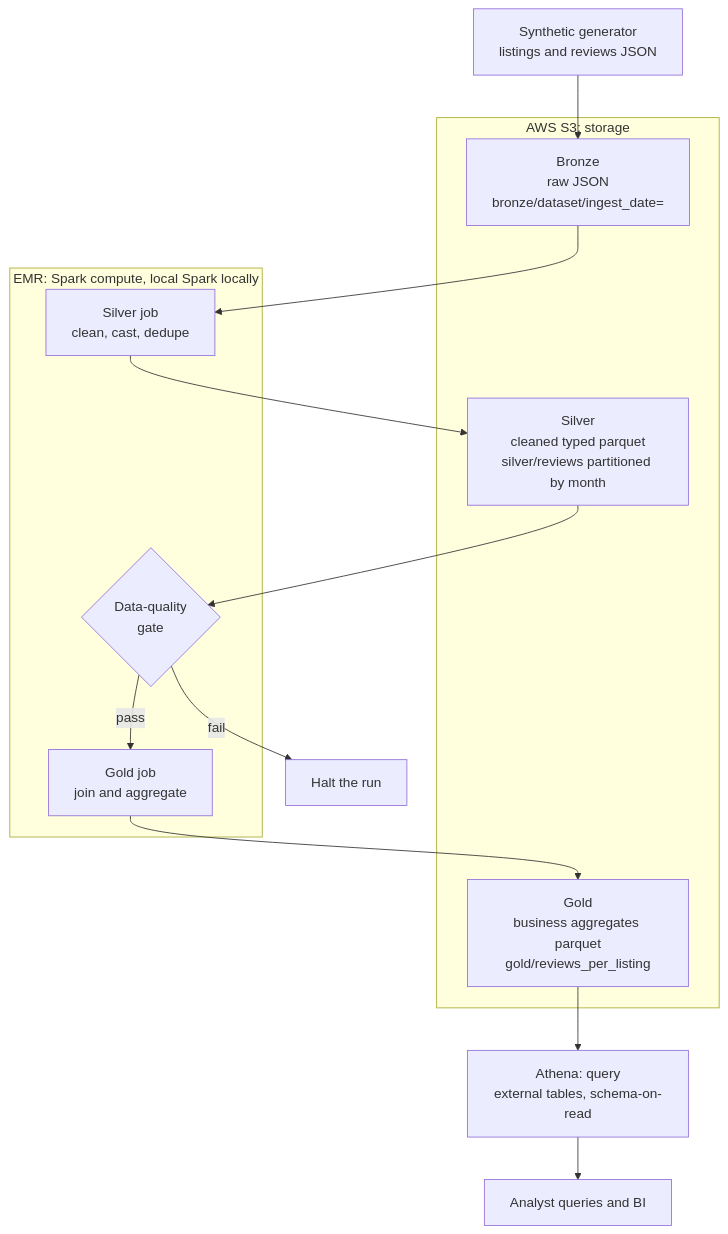
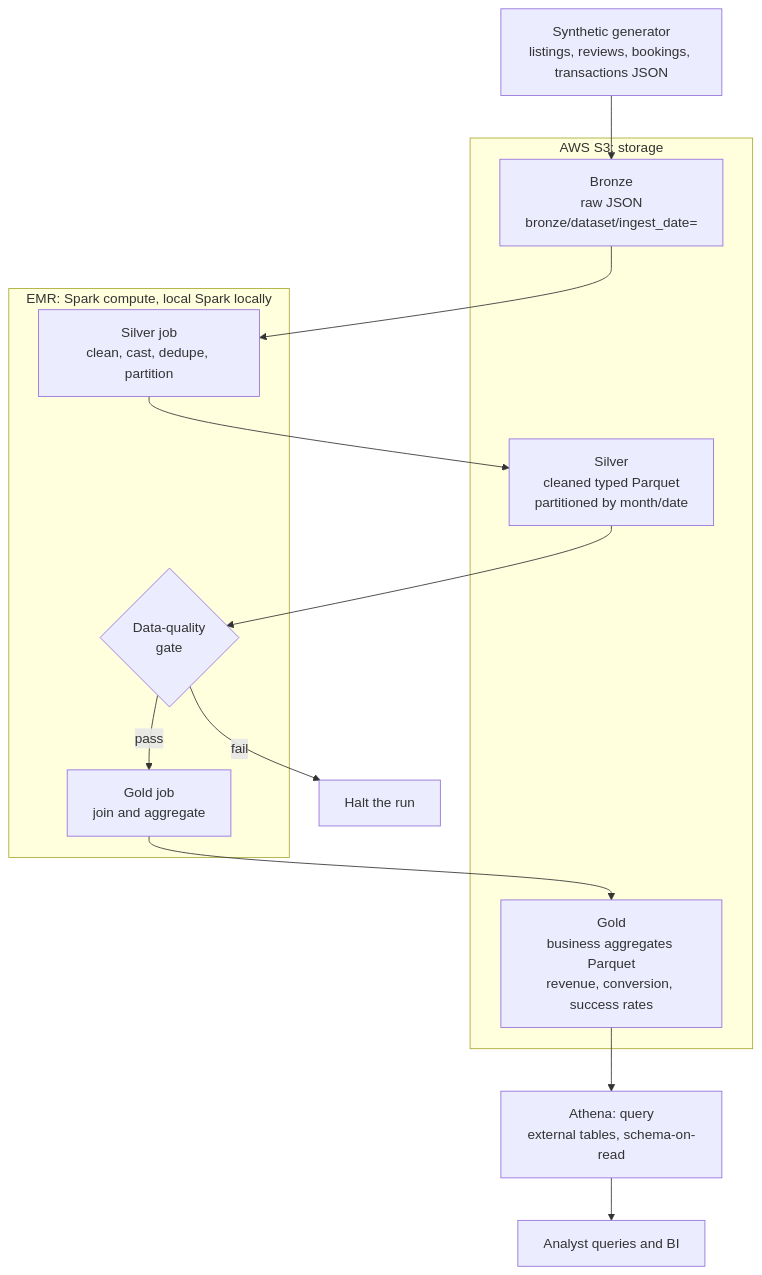
Before and after one commit to calebnewtonusc/aws-data-lake-medallion: the diagram in README.md, drawn with Mermaid. The commit also changed other lines of this file and 14 other files, not shown here.

Commit message:
Add bookings/transactions layers and a measured query-optimization benchmark

````diff
--- a/README.md
+++ b/README.md
@@ -31,25 +85,25 @@
 ```mermaid
 flowchart TB
-    GEN[Synthetic generator<br/>listings and reviews JSON] --> BRONZE
+    GEN[Synthetic generator<br/>listings, reviews, bookings, transactions JSON] --> BRONZE
 
     subgraph S3[AWS S3: storage]
         BRONZE[Bronze<br/>raw JSON<br/>bronze/dataset/ingest_date=]
-        SILVER[Silver<br/>cleaned typed parquet<br/>silver/reviews partitioned by month]
-        GOLD[Gold<br/>business aggregates parquet<br/>gold/reviews_per_listing]
+        SILVER[Silver<br/>cleaned typed Parquet<br/>partitioned by month/date]
+        GOLD[Gold<br/>business aggregates Parquet<br/>revenue, conversion, success rates]
     end
 
     subgraph EMR[EMR: Spark compute, local Spark locally]
-        SILVERJOB[Silver job<br/>clean, cast, dedupe]
+        SILVERJOB[Silver job<br/>clean, cast, dedupe, partition]
         QC{Data-quality<br/>gate}
         GOLDJOB[Gold job<br/>join and aggregate]
     end
 
     BRONZE --> SILVERJOB
     SILVERJOB --> SILVER
     SILVER --> QC
     QC -->|fail| FAIL[Halt the run]
     QC -->|pass| GOLDJOB
     GOLDJOB --> GOLD
     GOLD --> ATHENA[Athena: query<br/>external tables, schema-on-read]
     ATHENA --> BI[Analyst queries and BI]
 ```
````
